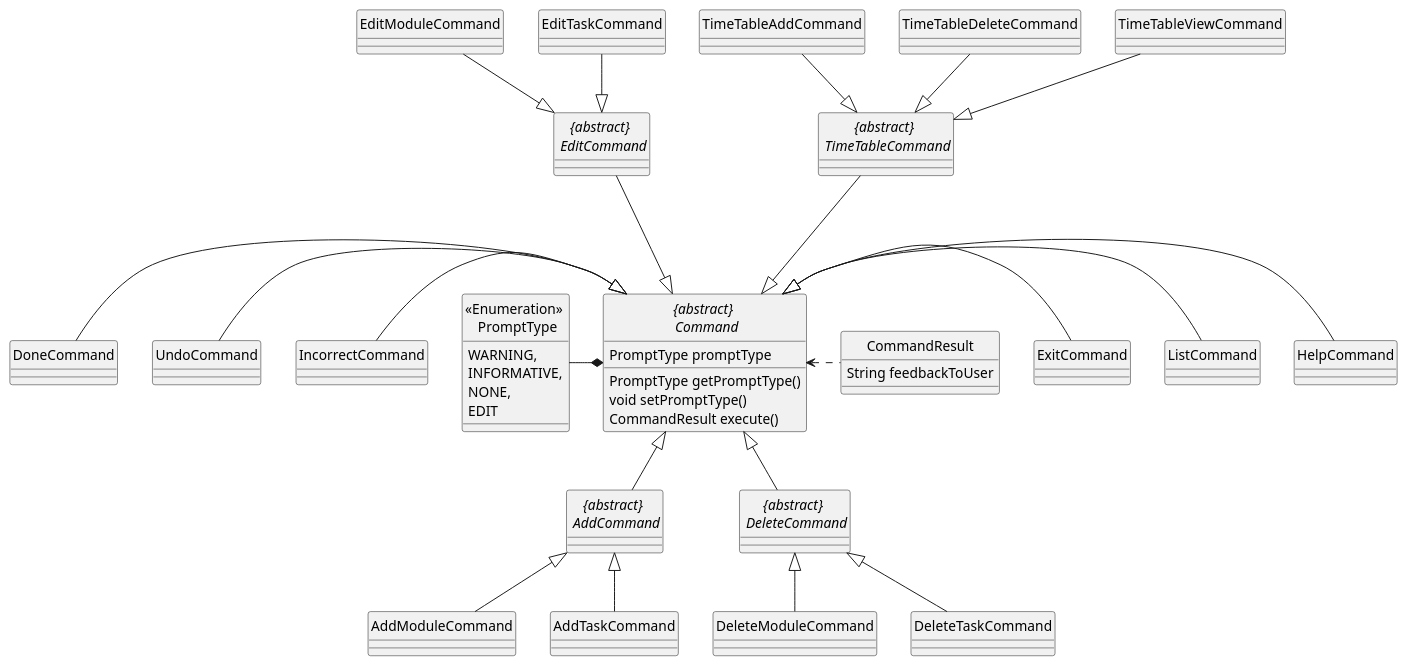
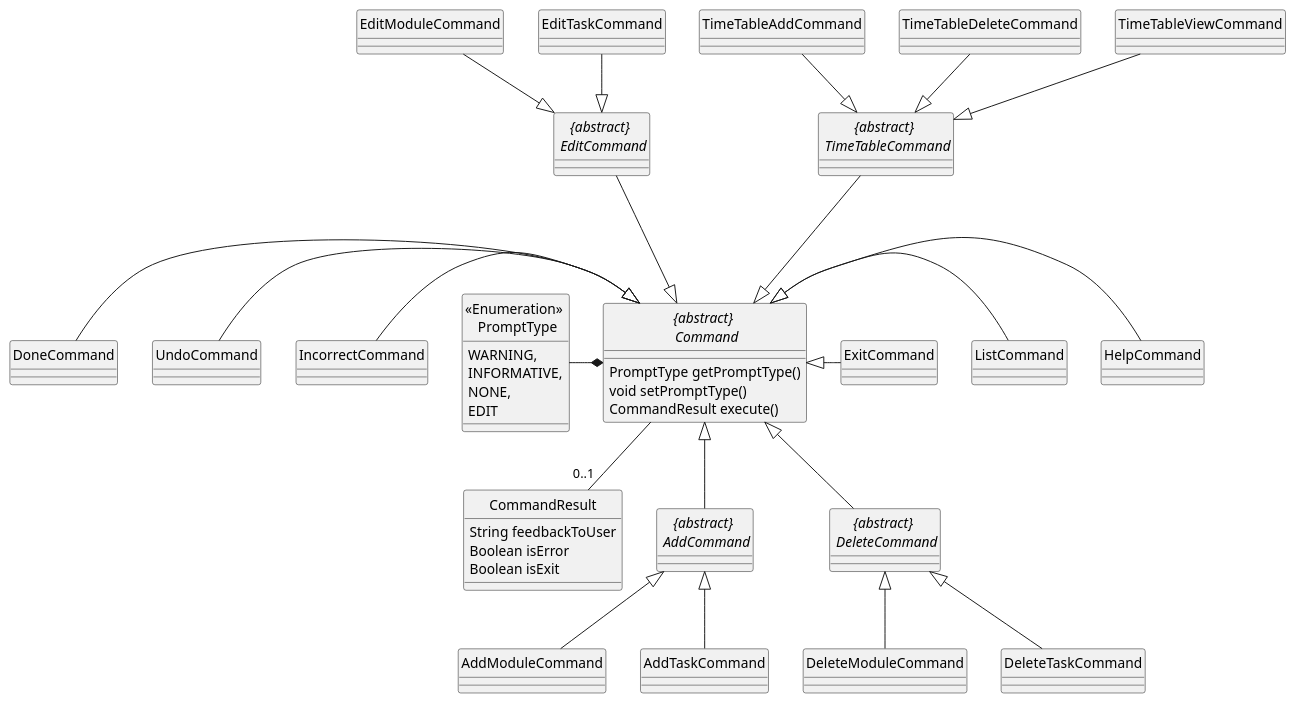
Before and after one commit to wangqinNick/tp: the diagram in docs/diagrams/UML/CommandClassDiagram.puml, drawn with PlantUML. The commit also changed 4 other files, not shown here.

Commit message:
Fix command class, timetable class diagrams

```diff
--- a/docs/diagrams/UML/CommandClassDiagram.puml
+++ b/docs/diagrams/UML/CommandClassDiagram.puml
@@ -1,75 +1,76 @@
 @startuml
 
 hide circle
 skinparam classAttributeIconSize 0
 
 abstract class "{abstract} \n Command" {
-    PromptType promptType
     PromptType getPromptType()
     void setPromptType()
     CommandResult execute()
 }
 
 class CommandResult {
     String feedbackToUser
+    Boolean isError
+    Boolean isExit
 }
 
 abstract class "{abstract} \n AddCommand"
 class AddModuleCommand
 class AddTaskCommand
 
 abstract class "{abstract} \n DeleteCommand"
 class DeleteModuleCommand
 class DeleteTaskCommand
 
 abstract class "{abstract} \n EditCommand"
 class EditModuleCommand
 class EditTaskCommand
 
 abstract class "{abstract} \n TimeTableCommand"
 class TimeTableAddCommand
 class TimeTableDeleteCommand
 class TimeTableViewCommand
 
 class DoneCommand
 class UndoCommand
 class HelpCommand
 class ListCommand
 class ExitCommand
 class IncorrectCommand
 enum "<<Enumeration>> \n PromptType" {
     WARNING,
     INFORMATIVE,
     NONE,
     EDIT
 }
 
 "{abstract} \n Command" <|- HelpCommand
 "{abstract} \n Command" <|- ListCommand
 "{abstract} \n Command" <|- ExitCommand
 "{abstract} \n Command" <|-- "{abstract} \n DeleteCommand"
 "{abstract} \n Command" <|-- "{abstract} \n AddCommand"
 "{abstract} \n EditCommand" ---|> "{abstract} \n Command"
 DoneCommand -|> "{abstract} \n Command"
 UndoCommand -|> "{abstract} \n Command"
 IncorrectCommand -|> "{abstract} \n Command"
 "{abstract} \n TimeTableCommand" ---|> "{abstract} \n Command"
 
 "<<Enumeration>> \n PromptType" -* "{abstract} \n Command"
 
-"{abstract} \n Command" <. CommandResult
+"{abstract} \n Command" -- "0..1" CommandResult
 
 "{abstract} \n AddCommand" <|-- AddModuleCommand
 "{abstract} \n AddCommand" <|-- AddTaskCommand
 
 "{abstract} \n DeleteCommand" <|-- DeleteModuleCommand
 "{abstract} \n DeleteCommand" <|-- DeleteTaskCommand
 
 EditModuleCommand --|> "{abstract} \n EditCommand"
 EditTaskCommand --|> "{abstract} \n EditCommand"
 
 TimeTableAddCommand --|> "{abstract} \n TimeTableCommand"
 TimeTableDeleteCommand --|> "{abstract} \n TimeTableCommand"
 TimeTableViewCommand --|> "{abstract} \n TimeTableCommand"
 
 @enduml
```
